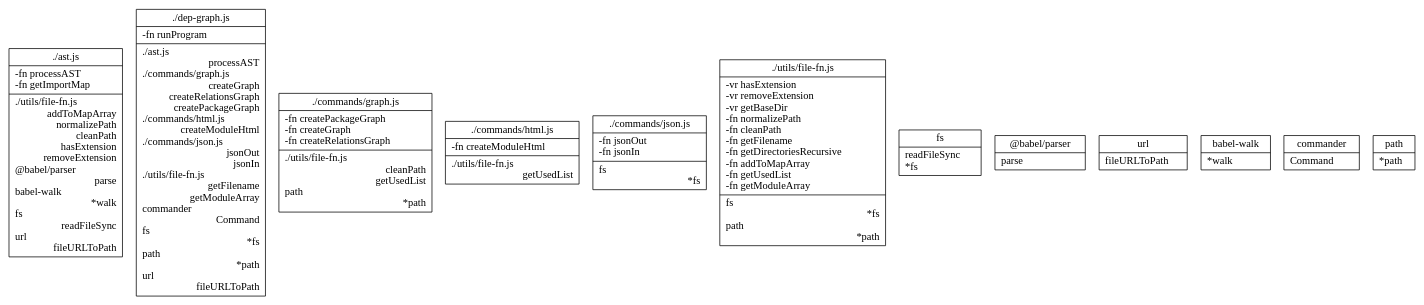
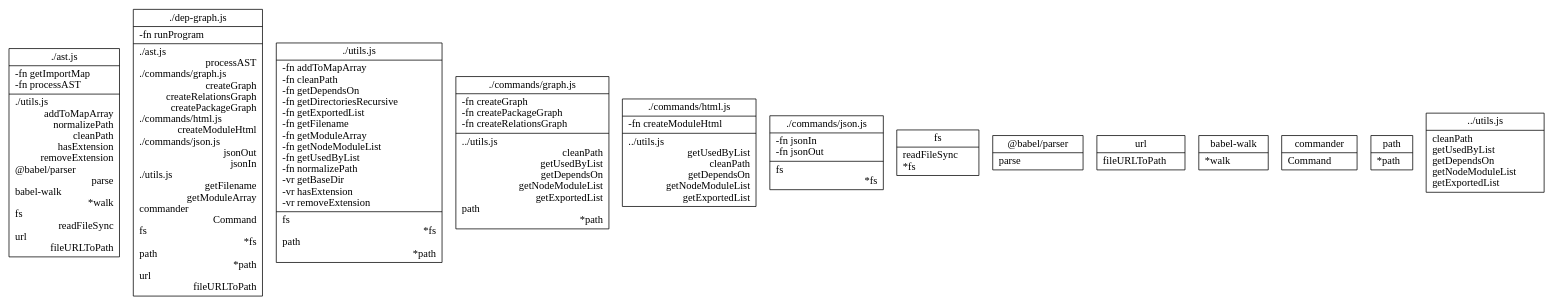
Before and after one commit to fleebe/dep-graph: the diagram in __tests__/out-eg/srcDependencies.dot, drawn with Graphviz. The commit also changed 15 other files, not shown here.

```diff
--- a/__tests__/out-eg/srcDependencies.dot
+++ b/__tests__/out-eg/srcDependencies.dot
@@ -1,94 +1,112 @@
 digraph {
 node [shape=record];
 "./ast.js" [label="{ ./ast.js | 
+	 -fn getImportMap \l
 	 -fn processAST \l
-	 -fn getImportMap \l
-|		./utils/file-fn.js\l		addToMapArray\r
+|		./utils.js\l		addToMapArray\r
 		normalizePath\r
 		cleanPath\r
 		hasExtension\r
 		removeExtension\r
 		@babel/parser\l		parse\r
 		babel-walk\l		*walk\r
 		fs\l		readFileSync\r
 		url\l		fileURLToPath\r
 }"];
 
 "./dep-graph.js" [label="{ ./dep-graph.js | 
 	 -fn runProgram \l
 |		./ast.js\l		processAST\r
 		./commands/graph.js\l		createGraph\r
 		createRelationsGraph\r
 		createPackageGraph\r
 		./commands/html.js\l		createModuleHtml\r
 		./commands/json.js\l		jsonOut\r
 		jsonIn\r
-		./utils/file-fn.js\l		getFilename\r
+		./utils.js\l		getFilename\r
 		getModuleArray\r
 		commander\l		Command\r
 		fs\l		*fs\r
 		path\l		*path\r
 		url\l		fileURLToPath\r
 }"];
 
+"./utils.js" [label="{ ./utils.js | 
+	 -fn addToMapArray \l
+	 -fn cleanPath \l
+	 -fn getDependsOn \l
+	 -fn getDirectoriesRecursive \l
+	 -fn getExportedList \l
+	 -fn getFilename \l
+	 -fn getModuleArray \l
+	 -fn getNodeModuleList \l
+	 -fn getUsedByList \l
+	 -fn normalizePath \l
+	 -vr getBaseDir \l
+	 -vr hasExtension \l
+	 -vr removeExtension \l
+|		fs\l		*fs\r
+		path\l		*path\r
+}"];
+
 "./commands/graph.js" [label="{ ./commands/graph.js | 
+	 -fn createGraph \l
 	 -fn createPackageGraph \l
-	 -fn createGraph \l
 	 -fn createRelationsGraph \l
-|		./utils/file-fn.js\l		cleanPath\r
-		getUsedList\r
+|		../utils.js\l		cleanPath\r
+		getUsedByList\r
+		getDependsOn\r
+		getNodeModuleList\r
+		getExportedList\r
 		path\l		*path\r
 }"];
 
 "./commands/html.js" [label="{ ./commands/html.js | 
 	 -fn createModuleHtml \l
-|		./utils/file-fn.js\l		getUsedList\r
+|		../utils.js\l		getUsedByList\r
+		cleanPath\r
+		getDependsOn\r
+		getNodeModuleList\r
+		getExportedList\r
 }"];
 
 "./commands/json.js" [label="{ ./commands/json.js | 
+	 -fn jsonIn \l
 	 -fn jsonOut \l
-	 -fn jsonIn \l
 |		fs\l		*fs\r
-}"];
-
-"./utils/file-fn.js" [label="{ ./utils/file-fn.js | 
-	 -vr hasExtension \l
-	 -vr removeExtension \l
-	 -vr getBaseDir \l
-	 -fn normalizePath \l
-	 -fn cleanPath \l
-	 -fn getFilename \l
-	 -fn getDirectoriesRecursive \l
-	 -fn addToMapArray \l
-	 -fn getUsedList \l
-	 -fn getModuleArray \l
-|		fs\l		*fs\r
-		path\l		*path\r
 }"];
 
 "fs" [label="{fs|
 	readFileSync\l
 	*fs\l
 }"];
 
 "@babel/parser" [label="{@babel/parser|
 	parse\l
 }"];
 
 "url" [label="{url|
 	fileURLToPath\l
 }"];
 
 "babel-walk" [label="{babel-walk|
 	*walk\l
 }"];
 
 "commander" [label="{commander|
 	Command\l
 }"];
 
 "path" [label="{path|
 	*path\l
 }"];
 
+"../utils.js" [label="{../utils.js|
+	cleanPath\l
+	getUsedByList\l
+	getDependsOn\l
+	getNodeModuleList\l
+	getExportedList\l
+}"];
+
 }
```
